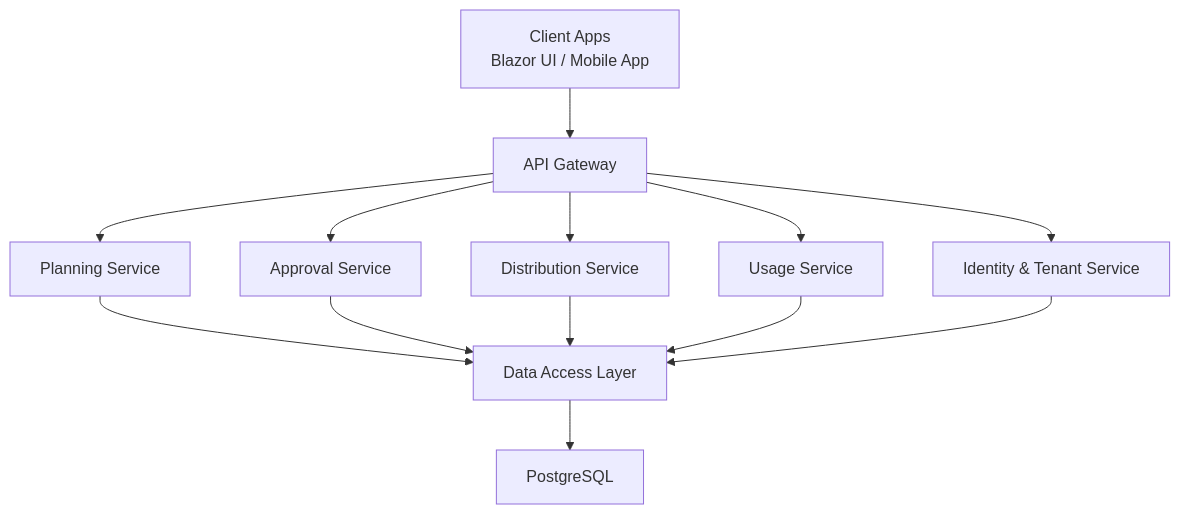
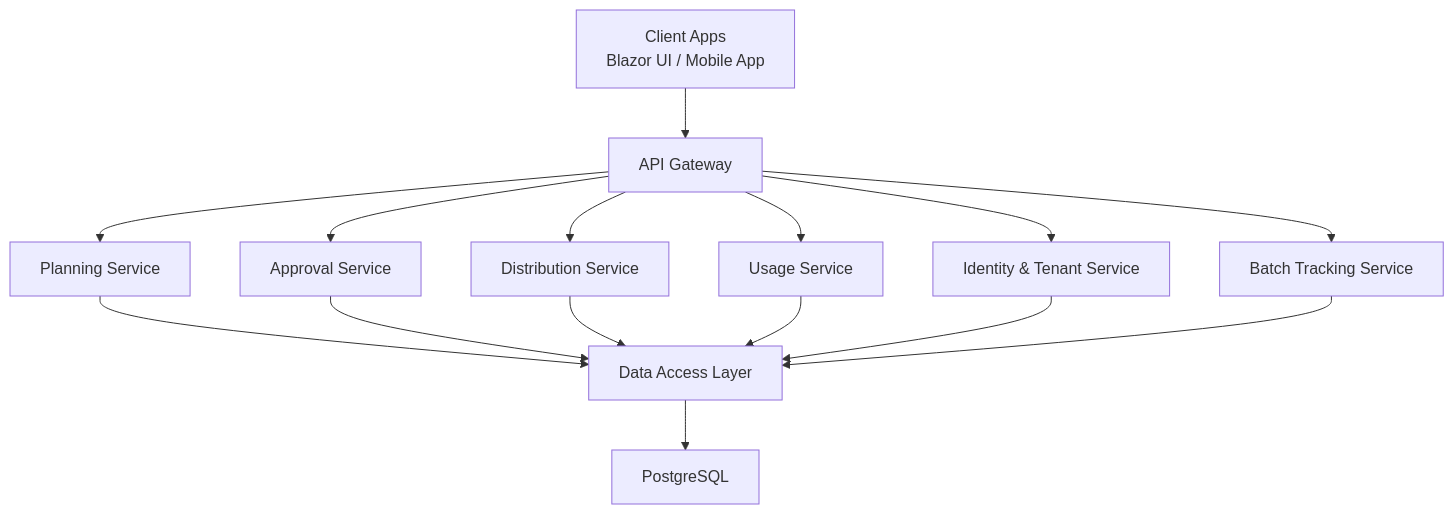
One commit to lamhongbac/NonCash changed the second of 9 diagrams in .qoder/repowiki/en/content/Business Logic and Workflows/Multi-Channel Distribution System.md. Above: the diagram before and after it, drawn with Mermaid. The commit also changed other lines of this file and 111 other files, not shown here.

````diff
--- a/.qoder/repowiki/en/content/Business Logic and Workflows/Multi-Channel Distribution System.md
+++ b/.qoder/repowiki/en/content/Business Logic and Workflows/Multi-Channel Distribution System.md
@@ -94,15 +118,17 @@
 ```mermaid
 graph TB
 Client["Client Apps<br/>Blazor UI / Mobile App"] --> APIGW["API Gateway"]
 APIGW --> PlanningSvc["Planning Service"]
 APIGW --> ApprovalSvc["Approval Service"]
 APIGW --> DistSvc["Distribution Service"]
 APIGW --> UsageSvc["Usage Service"]
 APIGW --> IdentitySvc["Identity & Tenant Service"]
+APIGW --> BatchSvc["Batch Tracking Service"]
 PlanningSvc --> DAL["Data Access Layer"]
 ApprovalSvc --> DAL
 DistSvc --> DAL
 UsageSvc --> DAL
 IdentitySvc --> DAL
+BatchSvc --> DAL
 DAL --> PG["PostgreSQL"]
 ```
````
